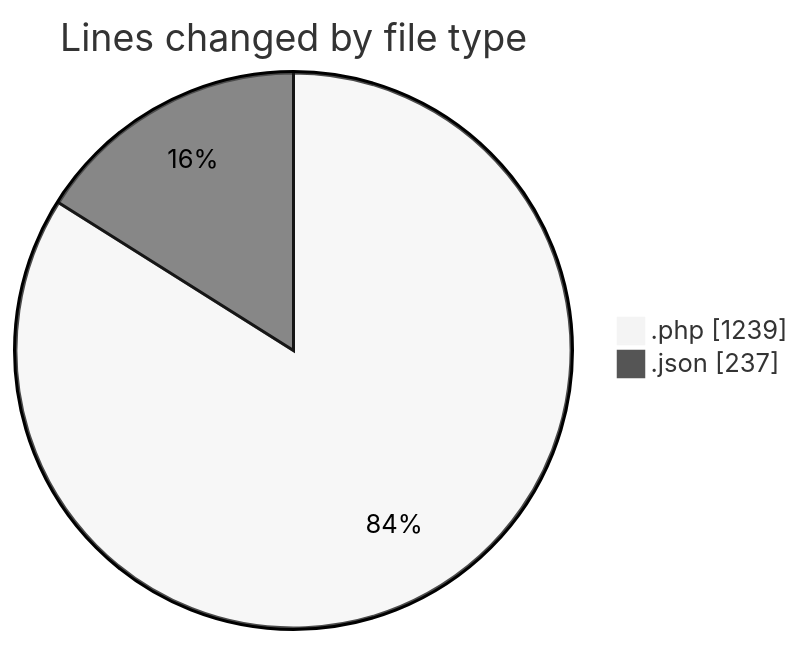
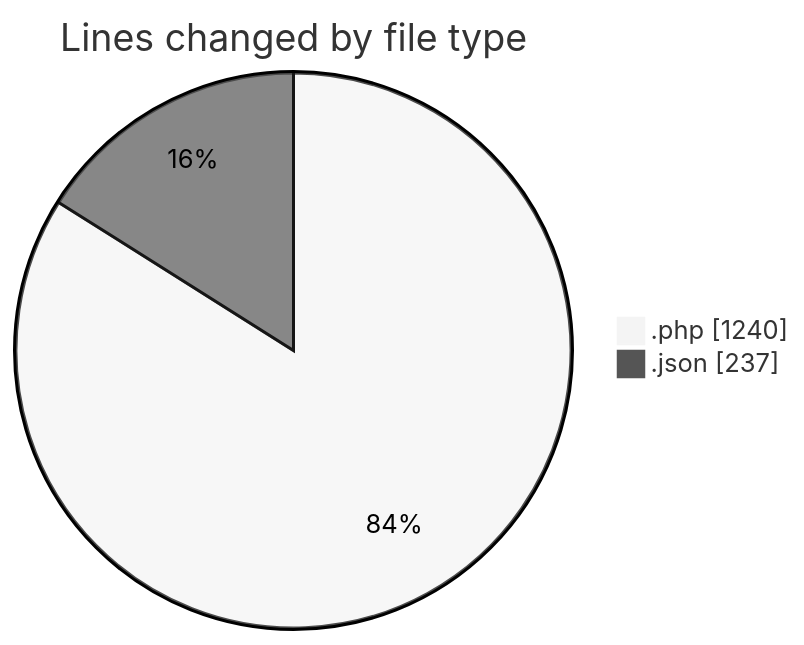
The first of 2 diagrams in 2025-06-13/studio-backend/README.md (idhammustaqopulfikri/code-tracking), drawn with Mermaid (neutral theme) before and after one commit. The commit also changed other lines of this file and 1 other file, not shown here.

````diff
--- a/2025-06-13/studio-backend/README.md
+++ b/2025-06-13/studio-backend/README.md
@@ -30,6 +30,6 @@
 ```mermaid
 pie showData
 title Lines changed by file type
-".php" : 1239
+".php" : 1240
 ".json" : 237
 ```
````
